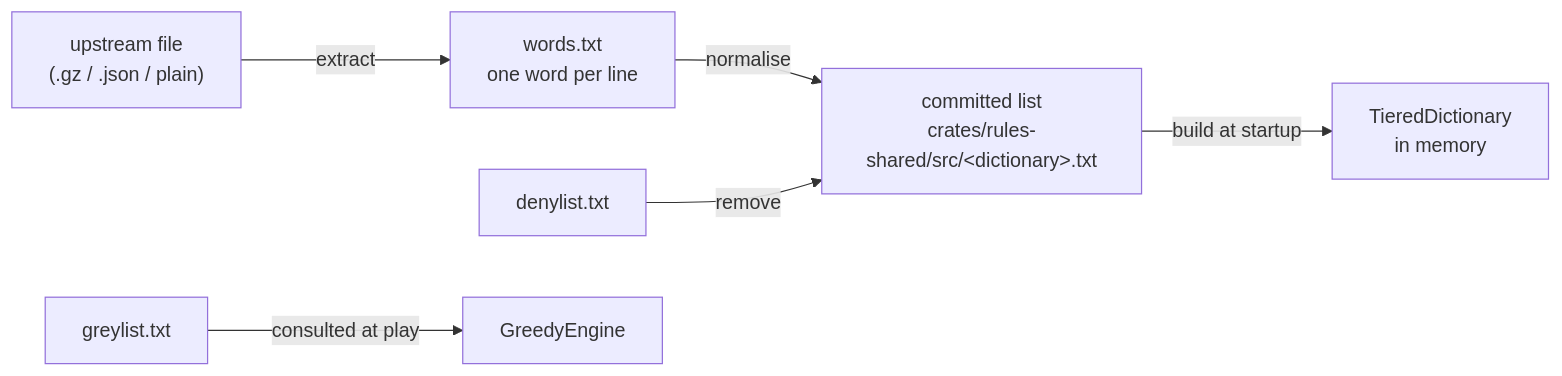
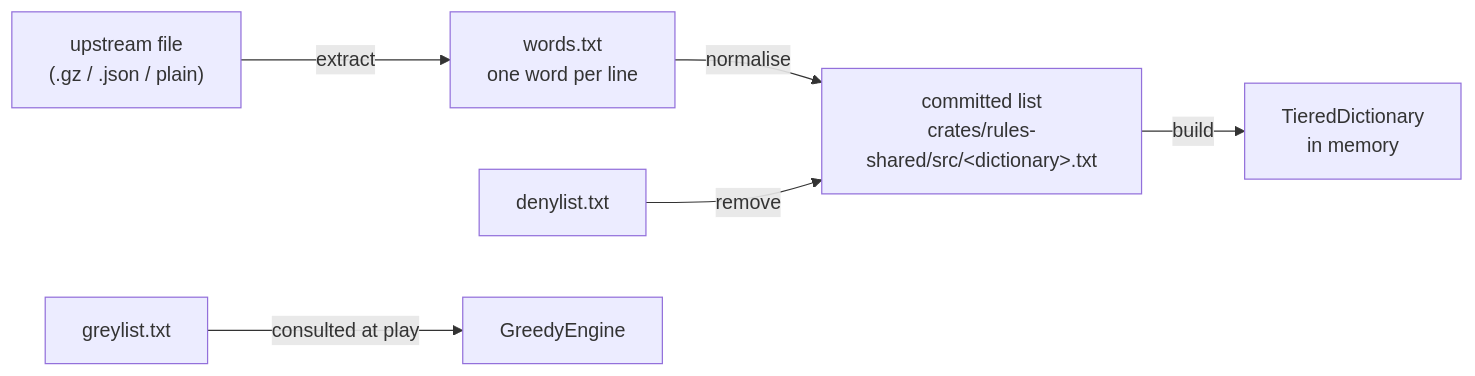
Before and after one commit to delphside/tile-lite-elite: the diagram in docs/4.3.5-word-lists-and-dictionaries.md, drawn with Mermaid. The commit also changed other lines of this file and 1 other file, not shown here.

````diff
--- a/docs/4.3.5-word-lists-and-dictionaries.md
+++ b/docs/4.3.5-word-lists-and-dictionaries.md
@@ -15,8 +29,8 @@
 ```mermaid
 flowchart LR
     U["upstream file<br/>(.gz / .json / plain)"] -->|extract| P["words.txt<br/>one word per line"]
     P -->|normalise| C["committed list<br/>crates/rules-shared/src/&lt;dictionary&gt;.txt"]
     D["denylist.txt"] -->|remove| C
-    C -->|build at startup| T["TieredDictionary<br/>in memory"]
+    C -->|build| T["TieredDictionary<br/>in memory"]
     G["greylist.txt"] -->|consulted at play| E["GreedyEngine"]
 ```
````
